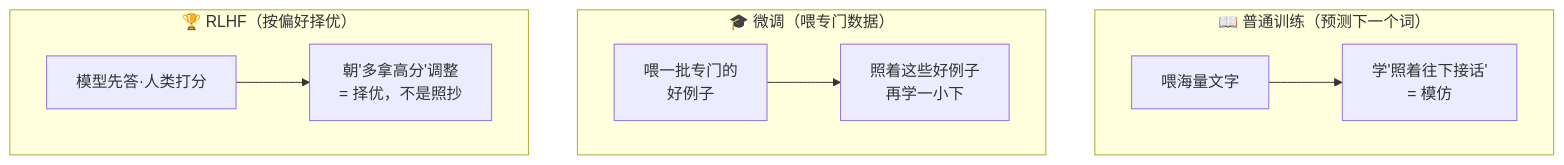
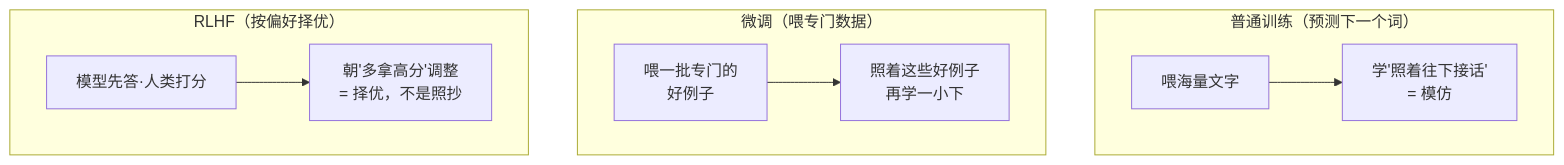
Before and after one commit to luckykhy/KhyAiHub: the third of 5 diagrams in docs/02_CONCEPTS_概念入门/CONCEPT/[CONCEPT-26] 什么是强化学习-RLHF.md, drawn with Mermaid. The commit also changed other lines of this file and 19 other files, not shown here.

````diff
--- a/docs/02_CONCEPTS_概念入门/CONCEPT/[CONCEPT-26] 什么是强化学习-RLHF.md
+++ b/docs/02_CONCEPTS_概念入门/CONCEPT/[CONCEPT-26] 什么是强化学习-RLHF.md
@@ -110,12 +110,12 @@
 ```mermaid
 flowchart TB
-  subgraph 普通["📖 普通训练（预测下一个词）"]
+  subgraph 普通["普通训练（预测下一个词）"]
     A1["喂海量文字"] --> A2["学'照着往下接话'<br/>= 模仿"]
   end
-  subgraph 微调["🎓 微调（喂专门数据）"]
+  subgraph 微调["微调（喂专门数据）"]
     B1["喂一批专门的<br/>好例子"] --> B2["照着这些好例子<br/>再学一小下"]
   end
-  subgraph RLHF["🏆 RLHF（按偏好择优）"]
+  subgraph RLHF["RLHF（按偏好择优）"]
     C1["模型先答·人类打分"] --> C2["朝'多拿高分'调整<br/>= 择优，不是照抄"]
   end
 ```
````
